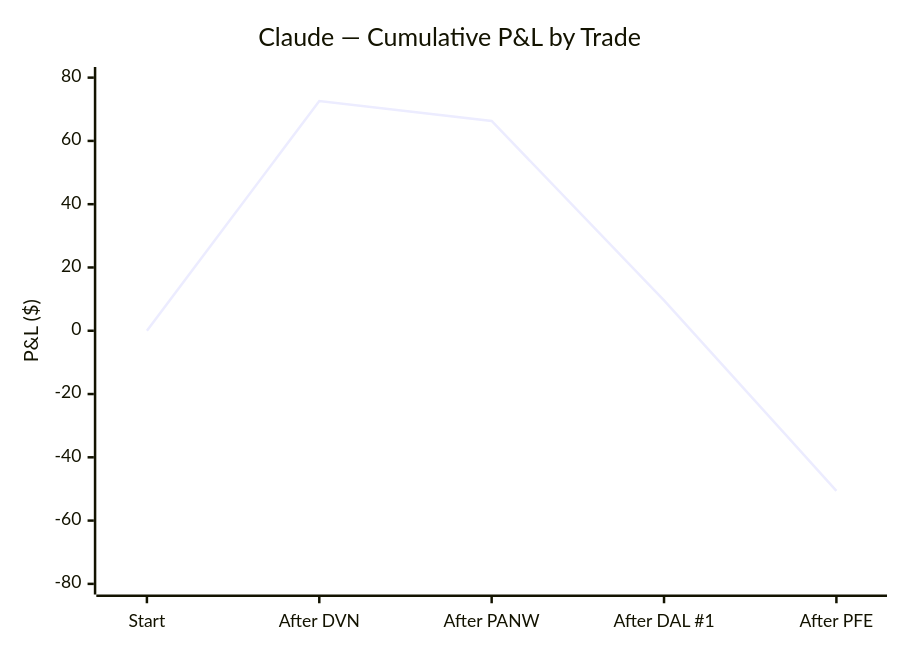
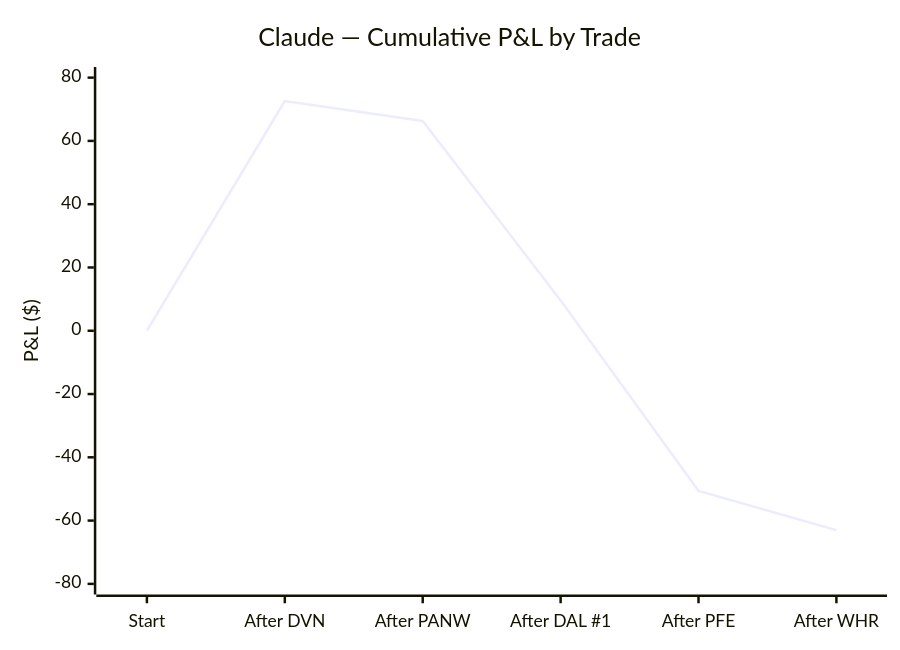
The first of 5 diagrams in README.md (zachisit/ai-auto-buy-thesis), drawn with Mermaid before and after one commit. The commit also changed other lines of this file and 4 other files, not shown here.

````diff
--- a/README.md
+++ b/README.md
@@ -31,7 +31,7 @@
 ```mermaid
 xychart-beta
     title "Claude — Cumulative P&L by Trade"
-    x-axis ["Start", "After DVN", "After PANW", "After DAL #1", "After PFE"]
+    x-axis ["Start", "After DVN", "After PANW", "After DAL #1", "After PFE", "After WHR"]
     y-axis "P&L ($)" -80 --> 80
-    line [0, 72.60, 66.30, 9.60, -50.60]
+    line [0, 72.60, 66.30, 9.60, -50.60, -63.01]
 ```
````
